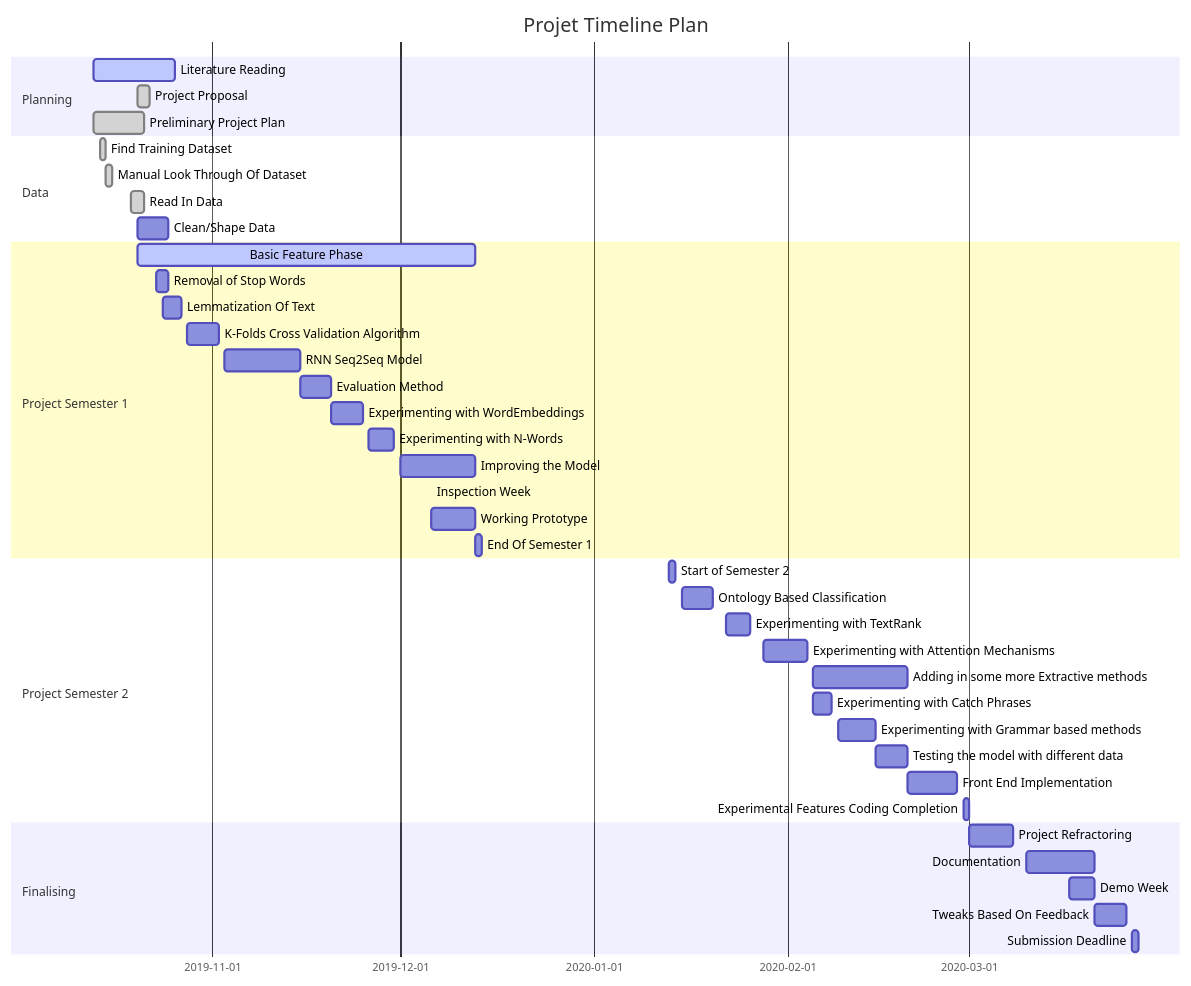
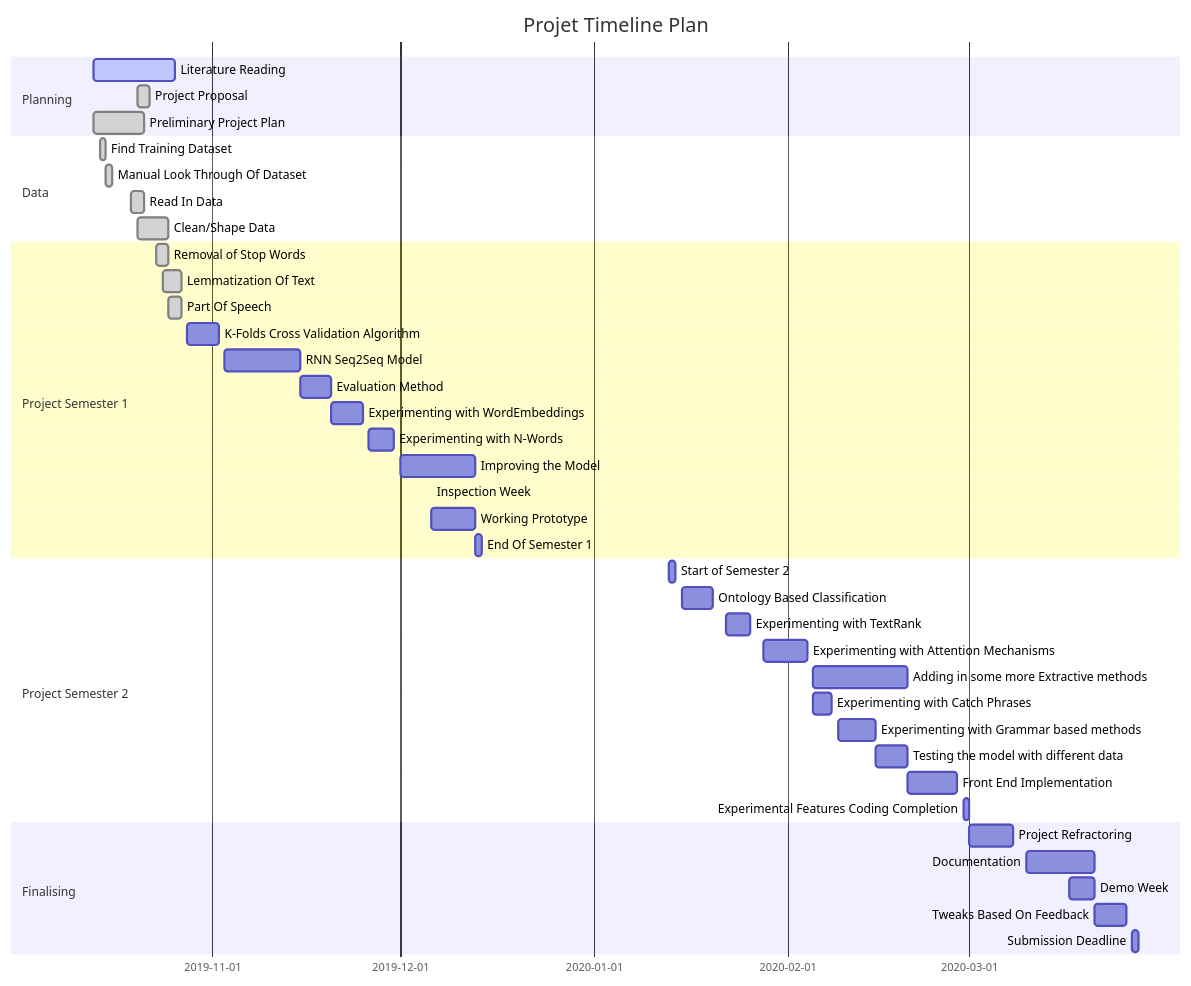
Before and after one commit to bmistry12/text-summarisation: the diagram in README.md, drawn with Mermaid. The commit also changed 2 other files, not shown here.

Commit message:
fixed removal of stop words, added in lemmatization of text using wornet, with and without POS (pos with nltk)

````diff
--- a/README.md
+++ b/README.md
@@ -34,50 +34,50 @@
 ```mermaid
 gantt
 dateFormat  YYYY-MM-DD
 title Projet Timeline Plan
 
 
 section Planning
 Literature Reading                      :active,  des1, 2019-10-13, 2019-10-26
 Project Proposal                        :done,    des1, 2019-10-20, 2019-10-22
 Preliminary Project Plan                :done,    des1, 2019-10-13, 2019-10-21
 
 section Data                  
 Find Training Dataset                   :done,    des1, 2019-10-14, 2019-10-15
 Manual Look Through Of Dataset          :done,    des1, 2019-10-15, 2019-10-16
 Read In Data                            :done,    des1, 2019-10-19, 2019-10-21
-Clean/Shape Data                        :active   des1, 2019-10-20, 2019-10-25
+Clean/Shape Data                        :done,   des1, 2019-10-20, 2019-10-25
 
 section Project Semester 1
-Basic Feature Phase                     :active,  des1, 2019-10-20, 2019-12-13
-Removal of Stop Words                   :active   des1, 2019-10-23, 2019-10-25
-Lemmatization Of Text                   :         des1, 2019-10-24, 2019-10-27
+Removal of Stop Words                   :done,    des1, 2019-10-23, 2019-10-25
+Lemmatization Of Text                   :done,    des1, 2019-10-24, 2019-10-27
+Part Of Speech                          :done,    des1, 2019-10-25, 2019-10-27
 K-Folds Cross Validation Algorithm      :         des1, 2019-10-28, 2019-11-02
 RNN Seq2Seq Model                       :         des1, 2019-11-03, 2019-11-15
 Evaluation Method                       :         des1, 2019-11-15, 2019-11-20
 Experimenting with WordEmbeddings       :         des1, 2019-11-20, 2019-11-25
 Experimenting with N-Words              :         des1, 2019-11-26, 2019-11-30
 Improving the Model                     :         des1, 2019-12-01, 2019-12-13
 Inspection Week                         :         des1, 2019-12-13, 2019-12-06
 Working Prototype                       :         des1, 2019-12-06, 2019-12-13
 End Of Semester 1                       :         des1, 2019-12-13, 1d
 
 section Project Semester 2
 Start of Semester 2                     :         des1, 2020-01-13, 1d
 Ontology Based Classification           :         des1, 2020-01-15, 2020-01-20
 Experimenting with TextRank             :         des1, 2020-01-22, 2020-01-26
 Experimenting with Attention Mechanisms :         des1, 2020-01-28, 2020-02-04
 Adding in some more Extractive methods  :         des1, 2020-02-05, 2020-02-20
 Experimenting with Catch Phrases        :         des1, 2020-02-05, 2020-02-08
 Experimenting with Grammar based methods:         des1, 2020-02-09, 2020-02-15
 Testing the model with different data   :         des1, 2020-02-15, 2020-02-20 
 Front End Implementation                :         des1, 2020-02-20, 2020-02-28
 Experimental Features Coding Completion :         des1, 2020-02-29, 1d
 
 Section Finalising
 Project Refractoring                    :         des1, 2020-03-01, 2020-03-08
 Documentation                           :         des1, 2020-03-10, 2020-03-21
 Demo Week                               :         des1, 2020-03-17, 2020-03-21
 Tweaks Based On Feedback                :         des1, 2020-03-21, 2020-03-26
 Submission Deadline                     :         des1, 2020-03-27, 1d
 ```
````
